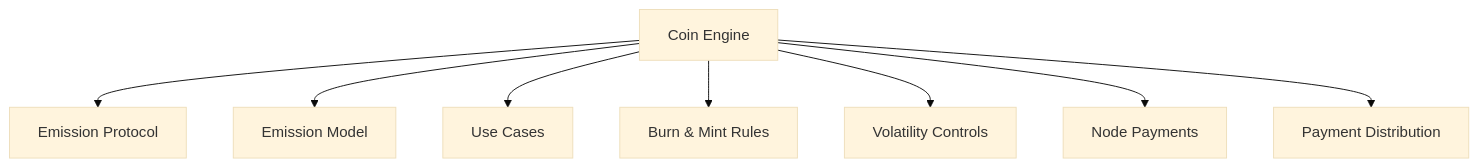
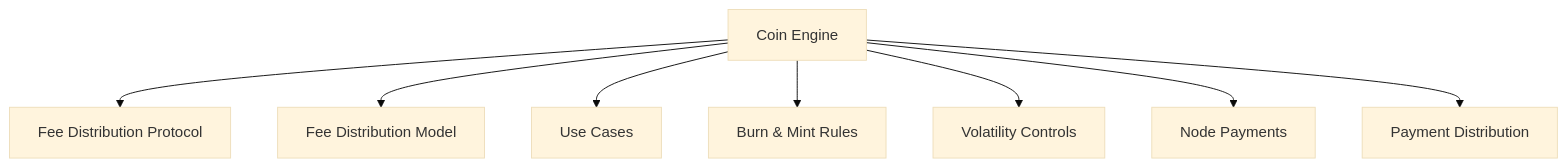
Before and after one commit to Aros-Technology-Studio/AST-Aros-Financial-Paradigm: the second of 15 diagrams in architecture_diagrams.md, drawn with Mermaid (base theme). The commit also changed other lines of this file and 69 other files, not shown here.

````diff
--- a/architecture_diagrams.md
+++ b/architecture_diagrams.md
@@ -23,11 +23,11 @@
 ```mermaid
 graph TD
   A[Coin Engine]
-  A --> B[Emission Protocol]
-  A --> C[Emission Model]
+  A --> B[Fee Distribution Protocol]
+  A --> C[Fee Distribution Model]
   A --> D[Use Cases]
   A --> E[Burn & Mint Rules]
   A --> F[Volatility Controls]
   A --> G[Node Payments]
   A --> H[Payment Distribution]
 ```
````
